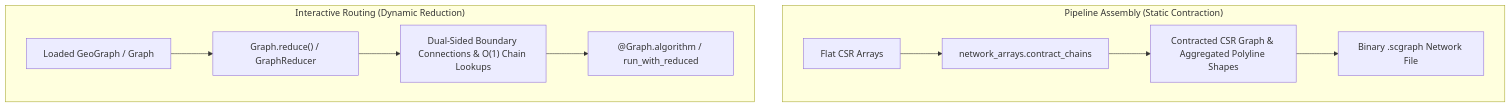
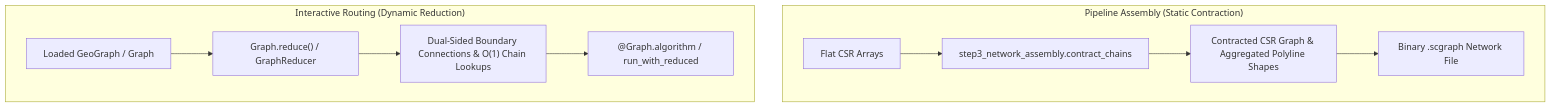
One commit to connor-makowski/scgraph changed the third of 4 diagrams in ARCHITECTURE.md. Above: the diagram before and after it, drawn with Mermaid. The commit also changed other lines of this file and 41 other files, not shown here.

First line of the commit message:
Number the step modules, and name the assembly for what it does (#280)

````diff
--- a/ARCHITECTURE.md
+++ b/ARCHITECTURE.md
@@ -204,13 +204,13 @@
 ```mermaid
 flowchart TD
     subgraph BuildTime["Pipeline Assembly (Static Contraction)"]
-        A["Flat CSR Arrays"] --> B["network_arrays.contract_chains"]
+        A["Flat CSR Arrays"] --> B["step3_network_assembly.contract_chains"]
         B --> C["Contracted CSR Graph & Aggregated Polyline Shapes"]
         C --> D["Binary .scgraph Network File"]
     end
     subgraph QueryTime["Interactive Routing (Dynamic Reduction)"]
         E["Loaded GeoGraph / Graph"] --> F["Graph.reduce() / GraphReducer"]
         F --> G["Dual-Sided Boundary Connections & O(1) Chain Lookups"]
         G --> H["@Graph.algorithm / run_with_reduced"]
     end
 ```
````
